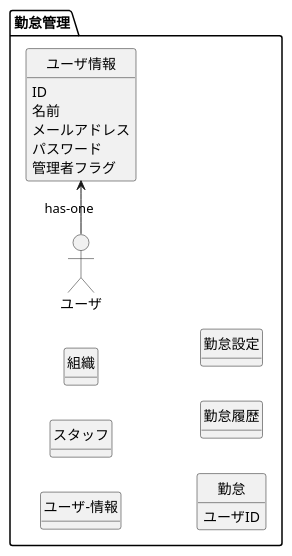
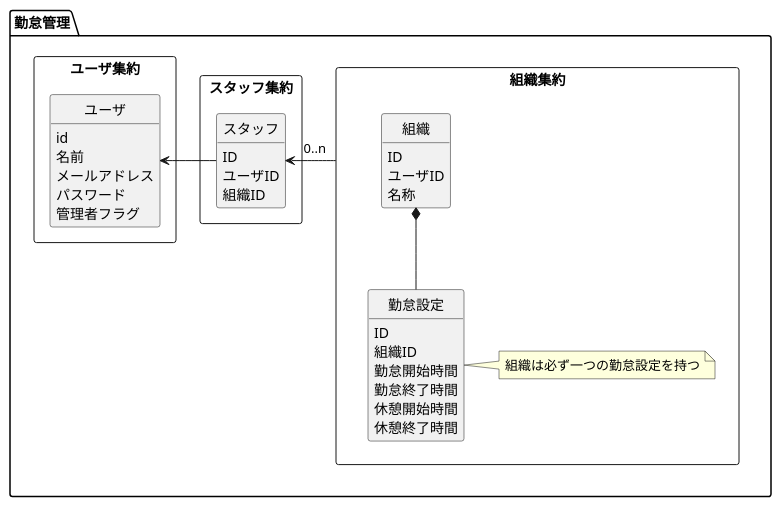
The diagram in uml/詳細設計/ドメインモデル.puml (Nke0628/work-app), drawn with PlantUML before and after one commit. The commit also changed 68 other files, not shown here.

```diff
--- a/uml/詳細設計/ドメインモデル.puml
+++ b/uml/詳細設計/ドメインモデル.puml
@@ -1,27 +1,43 @@
 @startuml
-left to right direction
-
 hide circle
 hide methods
 
 package 勤怠管理{
-class ユーザ-情報
-class スタッフ
-class 組織
-class 勤怠
-class 勤怠履歴
-class 勤怠設定
-mix_actor ユーザ
 
-ユーザ情報 : ID
-ユーザ情報 : 名前
-ユーザ情報 : メールアドレス
-ユーザ情報 : パスワード
-ユーザ情報 : 管理者フラグ
+    rectangle 組織集約{
+        class 組織
+        class 勤怠設定
+        note right : 組織は必ず一つの勤怠設定を持つ
+        組織 *-- 勤怠設定
+        組織 : ID
+        組織 : ユーザID
+        組織 : 名称
+        勤怠設定 : ID
+        勤怠設定 : 組織ID
+        勤怠設定 : 勤怠開始時間
+        勤怠設定 : 勤怠終了時間
+        勤怠設定 : 休憩開始時間
+        勤怠設定 : 休憩終了時間
+    }
 
-勤怠 : ユーザID
+    rectangle スタッフ集約{
+        class スタッフ
+        スタッフ : ID
+        スタッフ : ユーザID
+        スタッフ : 組織ID
+    }
 
-ユーザ -> ユーザ情報 : has-one
+    rectangle ユーザ集約{
+        class ユーザ
+        ユーザ : id
+        ユーザ : 名前
+        ユーザ : メールアドレス
+        ユーザ : パスワード
+        ユーザ : 管理者フラグ
+    }
+
+    スタッフ -> ユーザ
+    スタッフ <- 組織集約 : 0..n
 
 }
 @enduml
```
